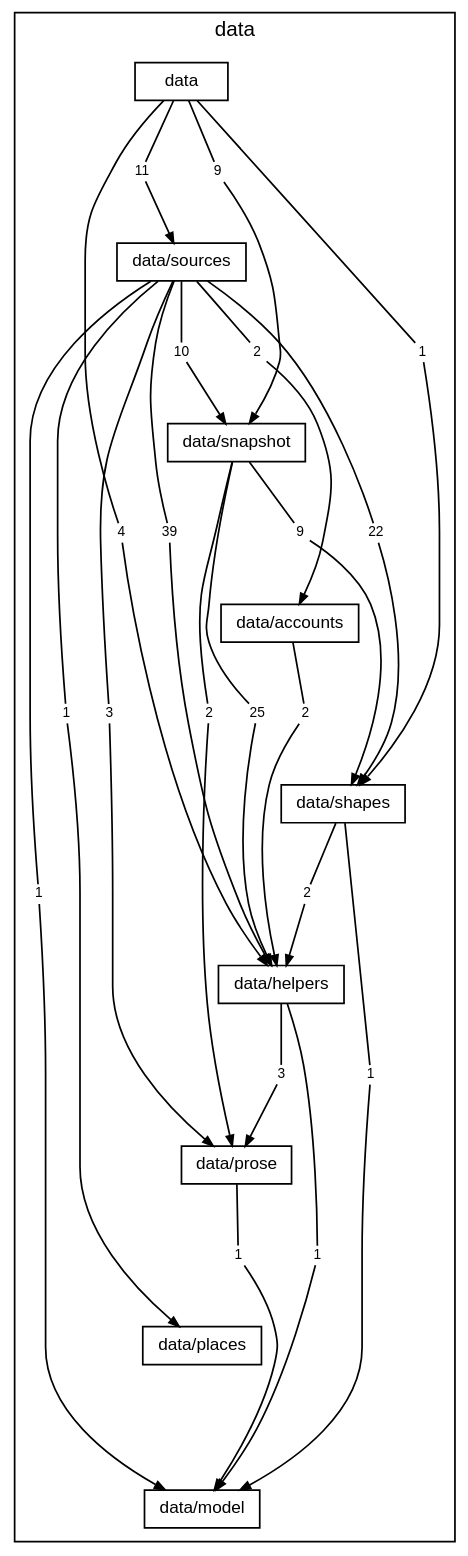
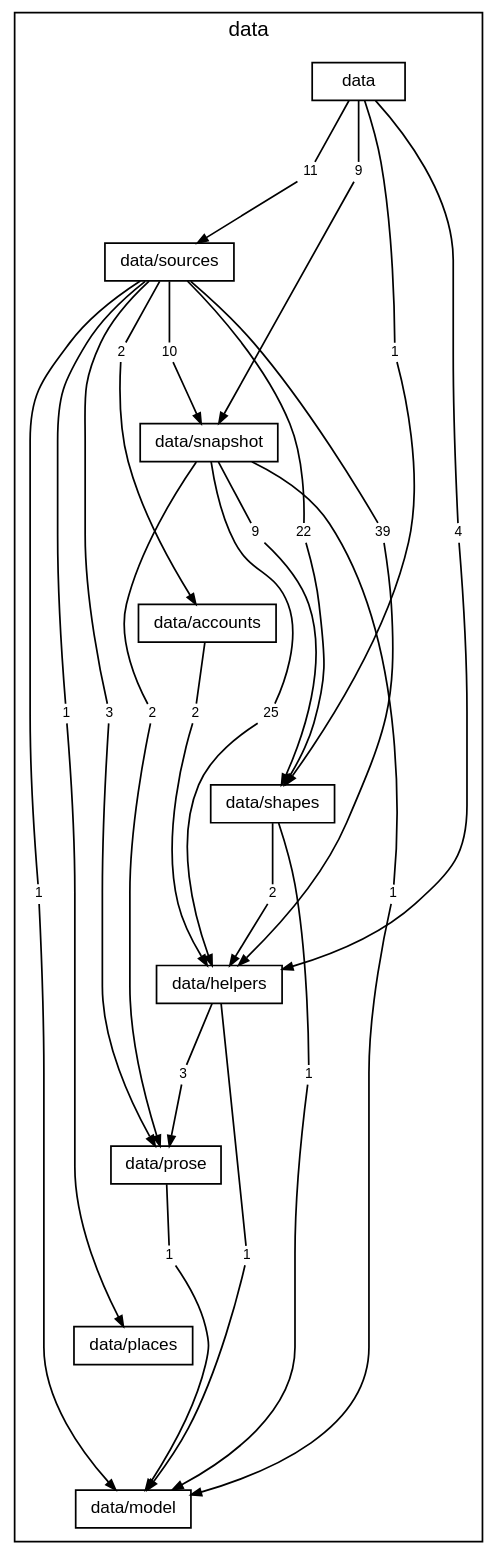
Before and after one commit to TheAxeC/oculus: the diagram in docs/diagrams/layer-data.dot, drawn with Graphviz. The commit also changed 230 other files, not shown here.

```diff
--- a/docs/diagrams/layer-data.dot
+++ b/docs/diagrams/layer-data.dot
@@ -1,85 +1,88 @@
 digraph layer_data {
     graph [bgcolor="transparent", rankdir=TB, newrank=true, mclimit=4, fontname="Helvetica,Arial,sans-serif", fontsize=12, nodesep=0.2, ranksep=0.5];
     node [shape=box, color="black", fontcolor="black", fontname="Helvetica,Arial,sans-serif", fontsize=10, height=0.3, margin="0.12,0.04"];
     edge [color="black", fontcolor="black", fontname="Helvetica,Arial,sans-serif", fontsize=8, arrowsize=0.6];
     subgraph "cluster_data" {
         label="data"; style=solid;
         "folder data" [label="data"];
         "folder data/sources" [label="data/sources"];
         "folder data/snapshot" [label="data/snapshot"];
         "folder data/accounts" [label="data/accounts"];
         "folder data/shapes" [label="data/shapes"];
         "folder data/helpers" [label="data/helpers"];
         "folder data/prose" [label="data/prose"];
         "folder data/places" [label="data/places"];
         "folder data/model" [label="data/model"];
         "folder data to folder data/helpers" [label="4", shape=box, color="transparent", fontsize=8, width=0, height=0, margin="0.04,0.02"];
         "folder data to folder data/shapes" [label="1", shape=box, color="transparent", fontsize=8, width=0, height=0, margin="0.04,0.02"];
         "folder data to folder data/snapshot" [label="9", shape=box, color="transparent", fontsize=8, width=0, height=0, margin="0.04,0.02"];
         "folder data to folder data/sources" [label="11", shape=box, color="transparent", fontsize=8, width=0, height=0, margin="0.04,0.02"];
         "folder data/sources to folder data/accounts" [label="2", shape=box, color="transparent", fontsize=8, width=0, height=0, margin="0.04,0.02"];
         "folder data/sources to folder data/helpers" [label="39", shape=box, color="transparent", fontsize=8, width=0, height=0, margin="0.04,0.02"];
         "folder data/sources to folder data/model" [label="1", shape=box, color="transparent", fontsize=8, width=0, height=0, margin="0.04,0.02"];
         "folder data/sources to folder data/places" [label="1", shape=box, color="transparent", fontsize=8, width=0, height=0, margin="0.04,0.02"];
         "folder data/sources to folder data/prose" [label="3", shape=box, color="transparent", fontsize=8, width=0, height=0, margin="0.04,0.02"];
         "folder data/sources to folder data/shapes" [label="22", shape=box, color="transparent", fontsize=8, width=0, height=0, margin="0.04,0.02"];
         "folder data/sources to folder data/snapshot" [label="10", shape=box, color="transparent", fontsize=8, width=0, height=0, margin="0.04,0.02"];
         "folder data/snapshot to folder data/helpers" [label="25", shape=box, color="transparent", fontsize=8, width=0, height=0, margin="0.04,0.02"];
+        "folder data/snapshot to folder data/model" [label="1", shape=box, color="transparent", fontsize=8, width=0, height=0, margin="0.04,0.02"];
         "folder data/snapshot to folder data/prose" [label="2", shape=box, color="transparent", fontsize=8, width=0, height=0, margin="0.04,0.02"];
         "folder data/snapshot to folder data/shapes" [label="9", shape=box, color="transparent", fontsize=8, width=0, height=0, margin="0.04,0.02"];
         "folder data/accounts to folder data/helpers" [label="2", shape=box, color="transparent", fontsize=8, width=0, height=0, margin="0.04,0.02"];
         "folder data/shapes to folder data/helpers" [label="2", shape=box, color="transparent", fontsize=8, width=0, height=0, margin="0.04,0.02"];
         "folder data/shapes to folder data/model" [label="1", shape=box, color="transparent", fontsize=8, width=0, height=0, margin="0.04,0.02"];
         "folder data/helpers to folder data/model" [label="1", shape=box, color="transparent", fontsize=8, width=0, height=0, margin="0.04,0.02"];
         "folder data/helpers to folder data/prose" [label="3", shape=box, color="transparent", fontsize=8, width=0, height=0, margin="0.04,0.02"];
         "folder data/prose to folder data/model" [label="1", shape=box, color="transparent", fontsize=8, width=0, height=0, margin="0.04,0.02"];
     }
     "folder data" -> "folder data/sources" [style=invis, weight=10, minlen=2];
     "folder data/sources" -> "folder data/snapshot" [style=invis, weight=10, minlen=2];
     "folder data/snapshot" -> "folder data/accounts" [style=invis, weight=10, minlen=2];
     "folder data/accounts" -> "folder data/shapes" [style=invis, weight=10, minlen=2];
     "folder data/shapes" -> "folder data/helpers" [style=invis, weight=10, minlen=2];
     "folder data/helpers" -> "folder data/prose" [style=invis, weight=10, minlen=2];
     "folder data/prose" -> "folder data/places" [style=invis, weight=10, minlen=2];
     "folder data/places" -> "folder data/model" [style=invis, weight=10, minlen=2];
     "folder data" -> "folder data to folder data/helpers" [arrowhead=none, minlen=5, weight=10];
     "folder data to folder data/helpers" -> "folder data/helpers" [];
     "folder data" -> "folder data to folder data/shapes" [arrowhead=none, minlen=3, weight=10];
     "folder data to folder data/shapes" -> "folder data/shapes" [];
     "folder data" -> "folder data to folder data/snapshot" [arrowhead=none, minlen=1, weight=10];
     "folder data to folder data/snapshot" -> "folder data/snapshot" [];
     "folder data" -> "folder data to folder data/sources" [arrowhead=none, minlen=1, weight=10];
     "folder data to folder data/sources" -> "folder data/sources" [];
     "folder data/sources" -> "folder data/sources to folder data/accounts" [arrowhead=none, minlen=1, weight=10];
     "folder data/sources to folder data/accounts" -> "folder data/accounts" [];
     "folder data/sources" -> "folder data/sources to folder data/helpers" [arrowhead=none, minlen=3, weight=10];
     "folder data/sources to folder data/helpers" -> "folder data/helpers" [];
     "folder data/sources" -> "folder data/sources to folder data/model" [arrowhead=none, minlen=7, weight=10];
     "folder data/sources to folder data/model" -> "folder data/model" [];
     "folder data/sources" -> "folder data/sources to folder data/places" [arrowhead=none, minlen=5, weight=10];
     "folder data/sources to folder data/places" -> "folder data/places" [];
     "folder data/sources" -> "folder data/sources to folder data/prose" [arrowhead=none, minlen=5, weight=10];
     "folder data/sources to folder data/prose" -> "folder data/prose" [];
     "folder data/sources" -> "folder data/sources to folder data/shapes" [arrowhead=none, minlen=3, weight=10];
     "folder data/sources to folder data/shapes" -> "folder data/shapes" [];
     "folder data/sources" -> "folder data/sources to folder data/snapshot" [arrowhead=none, minlen=1, weight=10];
     "folder data/sources to folder data/snapshot" -> "folder data/snapshot" [];
     "folder data/snapshot" -> "folder data/snapshot to folder data/helpers" [arrowhead=none, minlen=3, weight=10];
     "folder data/snapshot to folder data/helpers" -> "folder data/helpers" [];
+    "folder data/snapshot" -> "folder data/snapshot to folder data/model" [arrowhead=none, minlen=5, weight=10];
+    "folder data/snapshot to folder data/model" -> "folder data/model" [];
     "folder data/snapshot" -> "folder data/snapshot to folder data/prose" [arrowhead=none, minlen=3, weight=10];
     "folder data/snapshot to folder data/prose" -> "folder data/prose" [];
     "folder data/snapshot" -> "folder data/snapshot to folder data/shapes" [arrowhead=none, minlen=1, weight=10];
     "folder data/snapshot to folder data/shapes" -> "folder data/shapes" [];
     "folder data/accounts" -> "folder data/accounts to folder data/helpers" [arrowhead=none, minlen=1, weight=10];
     "folder data/accounts to folder data/helpers" -> "folder data/helpers" [];
     "folder data/shapes" -> "folder data/shapes to folder data/helpers" [arrowhead=none, minlen=1, weight=10];
     "folder data/shapes to folder data/helpers" -> "folder data/helpers" [];
     "folder data/shapes" -> "folder data/shapes to folder data/model" [arrowhead=none, minlen=3, weight=10];
     "folder data/shapes to folder data/model" -> "folder data/model" [];
     "folder data/helpers" -> "folder data/helpers to folder data/model" [arrowhead=none, minlen=3, weight=10];
     "folder data/helpers to folder data/model" -> "folder data/model" [];
     "folder data/helpers" -> "folder data/helpers to folder data/prose" [arrowhead=none, minlen=1, weight=10];
     "folder data/helpers to folder data/prose" -> "folder data/prose" [];
     "folder data/prose" -> "folder data/prose to folder data/model" [arrowhead=none, minlen=1, weight=10];
     "folder data/prose to folder data/model" -> "folder data/model" [];
 }
```
